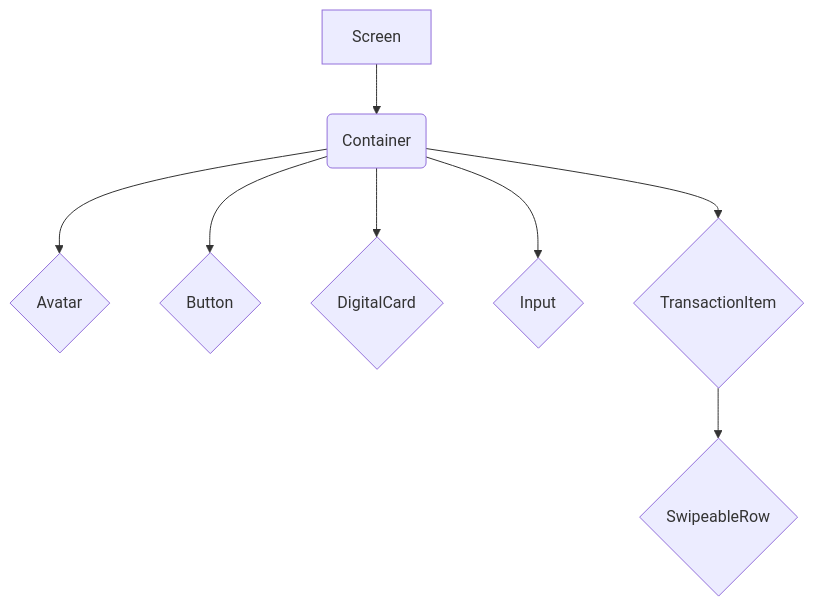
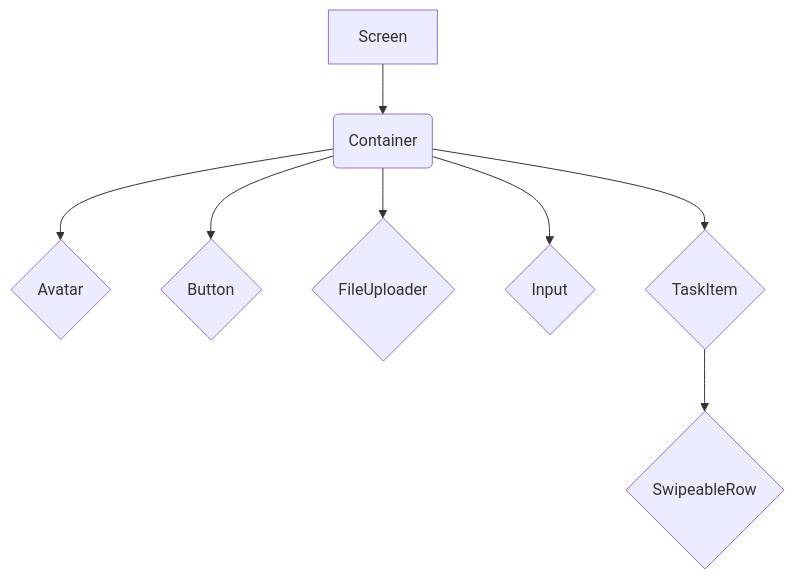
Before and after one commit to Andersonlimahw/fiap-mindease-mobile-app: the diagram in src/presentation/components/README.md, drawn with Mermaid. The commit also changed other lines of this file and 108 other files, not shown here.

````diff
--- a/src/presentation/components/README.md
+++ b/src/presentation/components/README.md
@@ -26,10 +26,10 @@
 ```mermaid
 graph TD
-    A[Screen] --> B(Container);
-    B --> C{Avatar};
-    B --> D{Button};
-    B --> E{DigitalCard};
-    B --> F{Input};
-    B --> G{TransactionItem};
-    G --> H{SwipeableRow};
+    A[Screen] --> B(Container)
+    B --> C{Avatar}
+    B --> D{Button}
+    B --> E{FileUploader}
+    B --> F{Input}
+    B --> G{TaskItem}
+    G --> H{SwipeableRow}
 ```
````
